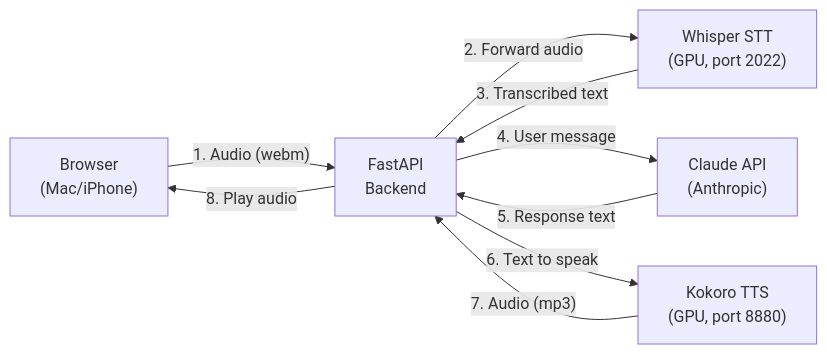
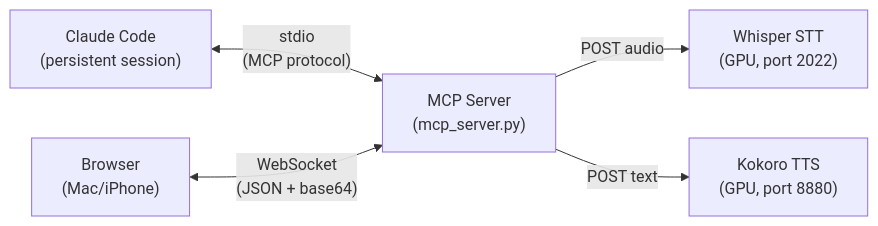
The first of 2 diagrams in docs/architecture.md (zeulewan/voice-chat), drawn with Mermaid before and after one commit. The commit also changed other lines of this file and 7 other files, not shown here.

First line of the commit message:
v0.1.0: Replace HTTP proxy with MCP server + WebSocket bridge

````diff
--- a/docs/architecture.md
+++ b/docs/architecture.md
@@ -7,17 +7,13 @@
 ```mermaid
 flowchart LR
     Browser["Browser\n(Mac/iPhone)"]
-    Backend["FastAPI\nBackend"]
+    MCP["MCP Server\n(mcp_server.py)"]
+    CC["Claude Code\n(persistent session)"]
     Whisper["Whisper STT\n(GPU, port 2022)"]
-    Claude["Claude API\n(Anthropic)"]
     Kokoro["Kokoro TTS\n(GPU, port 8880)"]
 
-    Browser -->|"1. Audio (webm)"| Backend
-    Backend -->|"2. Forward audio"| Whisper
-    Whisper -->|"3. Transcribed text"| Backend
-    Backend -->|"4. User message"| Claude
-    Claude -->|"5. Response text"| Backend
-    Backend -->|"6. Text to speak"| Kokoro
-    Kokoro -->|"7. Audio (mp3)"| Backend
-    Backend -->|"8. Play audio"| Browser
+    CC <-->|"stdio\n(MCP protocol)"| MCP
+    Browser <-->|"WebSocket\n(JSON + base64)"| MCP
+    MCP -->|"POST audio"| Whisper
+    MCP -->|"POST text"| Kokoro
 ```
````
